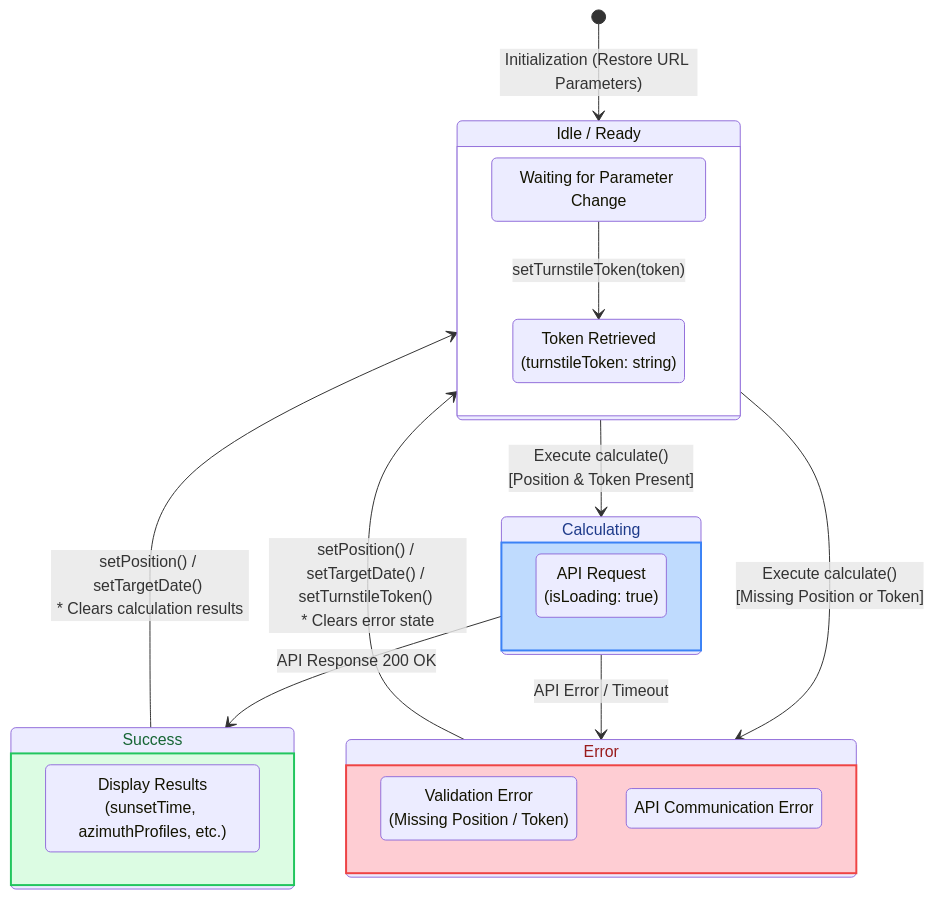
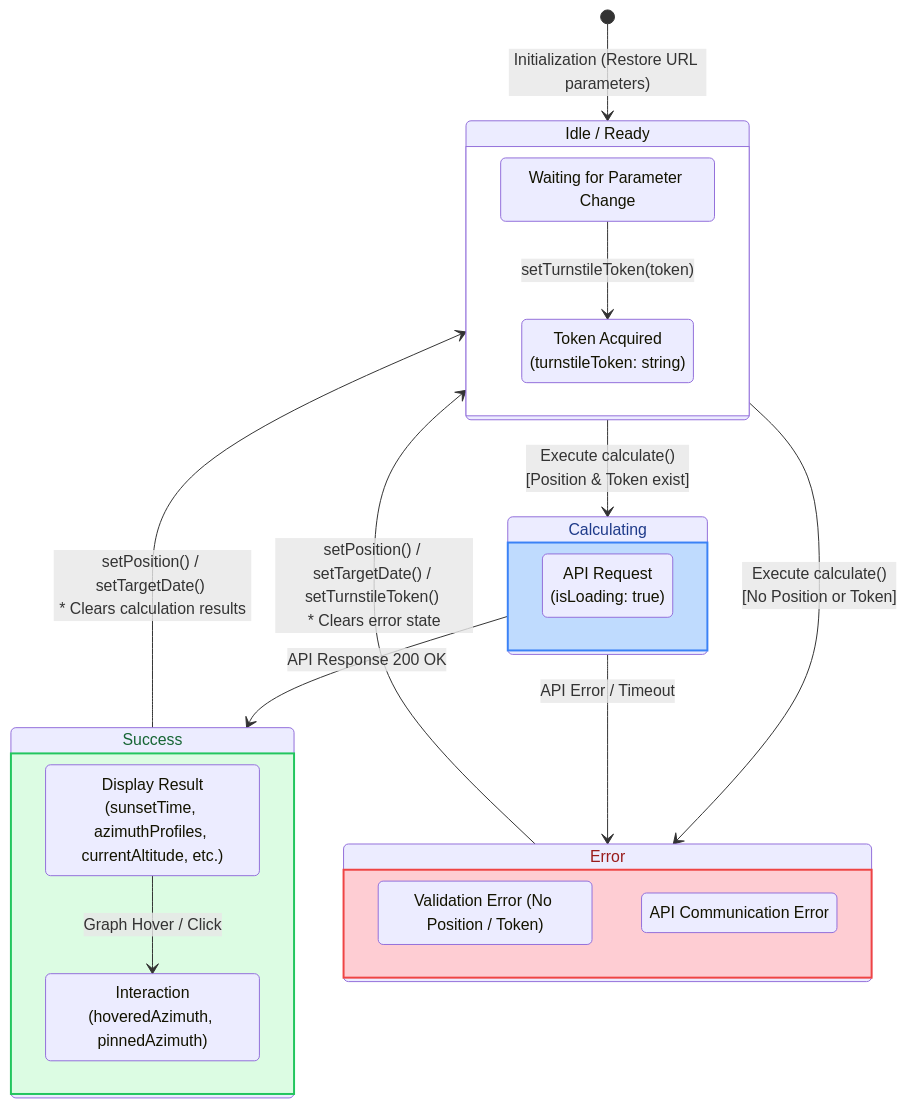
Before and after one commit to tomopumipumi/yamakage: the diagram in web-site/docs/store-architecture.md, drawn with Mermaid. The commit also changed other lines of this file and 7 other files, not shown here.

````diff
--- a/web-site/docs/store-architecture.md
+++ b/web-site/docs/store-architecture.md
@@ -9,42 +9,46 @@
 ```mermaid
 stateDiagram-v2
     classDef error fill:#fecdd3,stroke:#ef4444,stroke-width:2px,color:#991b1b
     classDef success fill:#dcfce3,stroke:#22c55e,stroke-width:2px,color:#166534
     classDef processing fill:#bfdbfe,stroke:#3b82f6,stroke-width:2px,color:#1e3a8a
 
-    [*] --> Idle: Initialization (Restore URL Parameters)
+    [*] --> Idle: Initialization (Restore URL parameters)
 
     state "Idle / Ready" as Idle {
         state "Waiting for Parameter Change" as WaitInput
-        state "Token Retrieved<br>(turnstileToken: string)" as HasToken
+        state "Token Acquired<br>(turnstileToken: string)" as HasToken
         
         WaitInput --> HasToken: setTurnstileToken(token)
     }
 
     state "Calculating" as Calculating {
         state "API Request<br>(isLoading: true)" as Fetching
     }
 
     state "Success" as Success {
-        state "Display Results<br>(sunsetTime, azimuthProfiles, etc.)" as DisplayResult
+        state "Display Result<br>(sunsetTime, azimuthProfiles, currentAltitude, etc.)" as DisplayResult
+        state "Interaction<br>(hoveredAzimuth, pinnedAzimuth)" as Interaction
+        
+        DisplayResult --> Interaction: Graph Hover / Click
     }
 
     state "Error" as Error {
-        state "Validation Error<br>(Missing Position / Token)" as ValidationError
+        state "Validation Error (No Position / Token)" as ValidationError
         state "API Communication Error" as ApiError
     }
     
     class Calculating processing
     class Success success
     class Error error
 
-    Idle --> Calculating: Execute calculate()<br>[Position & Token Present]
-    Idle --> Error: Execute calculate()<br>[Missing Position or Token]
+    Idle --> Calculating: Execute calculate()<br>[Position & Token exist]
+    Idle --> Error: Execute calculate()<br>[No Position or Token]
     
     Calculating --> Success: API Response 200 OK
     Calculating --> Error: API Error / Timeout
 
     Success --> Idle: setPosition() / setTargetDate() <br>* Clears calculation results
     Error --> Idle: setPosition() / setTargetDate() / setTurnstileToken() <br>* Clears error state
 
+
 ```
````
